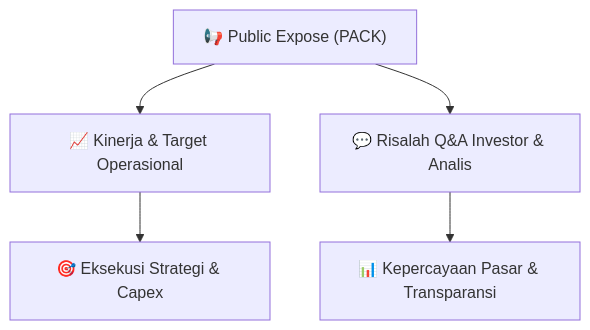
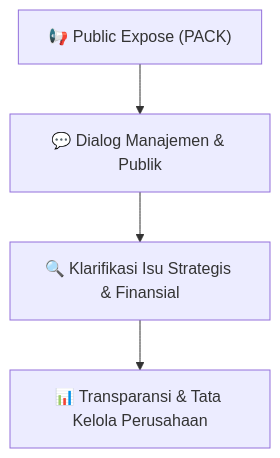
One commit to anYoneo/alphadigest-idx changed the diagram in reports/summaries/public-exposes/hasil-pubex/PACK_Public_Expose_20260912.md. Above: the diagram before and after it, drawn with Mermaid. The commit also changed other lines of this file and 526 other files, not shown here.

````diff
--- a/reports/summaries/public-exposes/hasil-pubex/PACK_Public_Expose_20260912.md
+++ b/reports/summaries/public-exposes/hasil-pubex/PACK_Public_Expose_20260912.md
@@ -15,7 +738,6 @@
 ```mermaid
 flowchart TD
-    A["📢 Public Expose (PACK)"] --> B["📈 Kinerja & Target Operasional"]
-    A --> C["💬 Risalah Q&A Investor & Analis"]
-    B --> D["🎯 Eksekusi Strategi & Capex"]
-    C --> E["📊 Kepercayaan Pasar & Transparansi"]
+    A["📢 Public Expose (PACK)"] --> B["💬 Dialog Manajemen & Publik"]
+    B --> C["🔍 Klarifikasi Isu Strategis & Finansial"]
+    C --> D["📊 Transparansi & Tata Kelola Perusahaan"]
 ```
````
